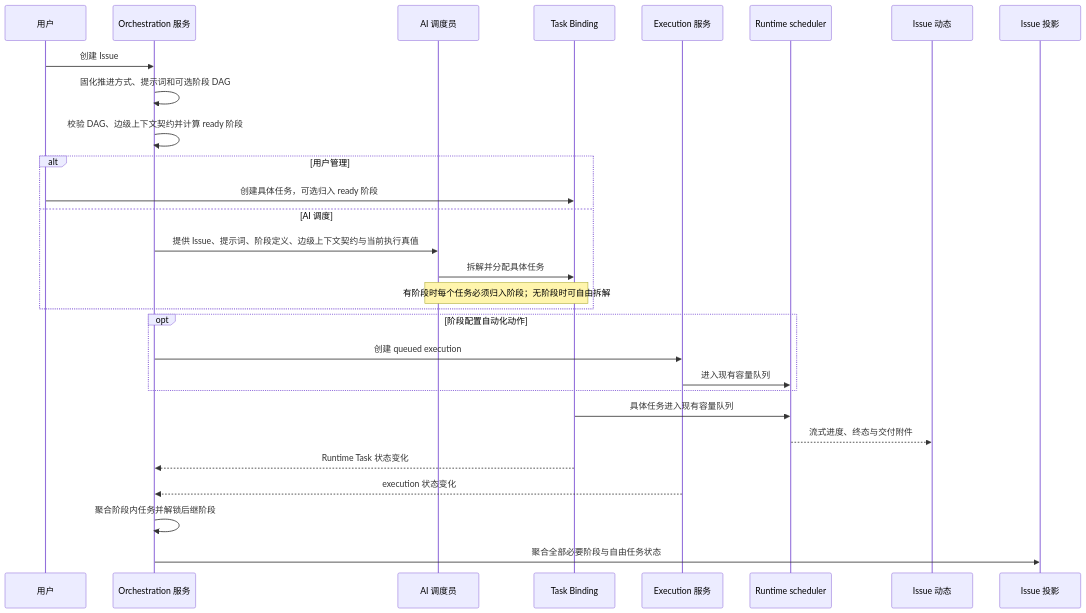
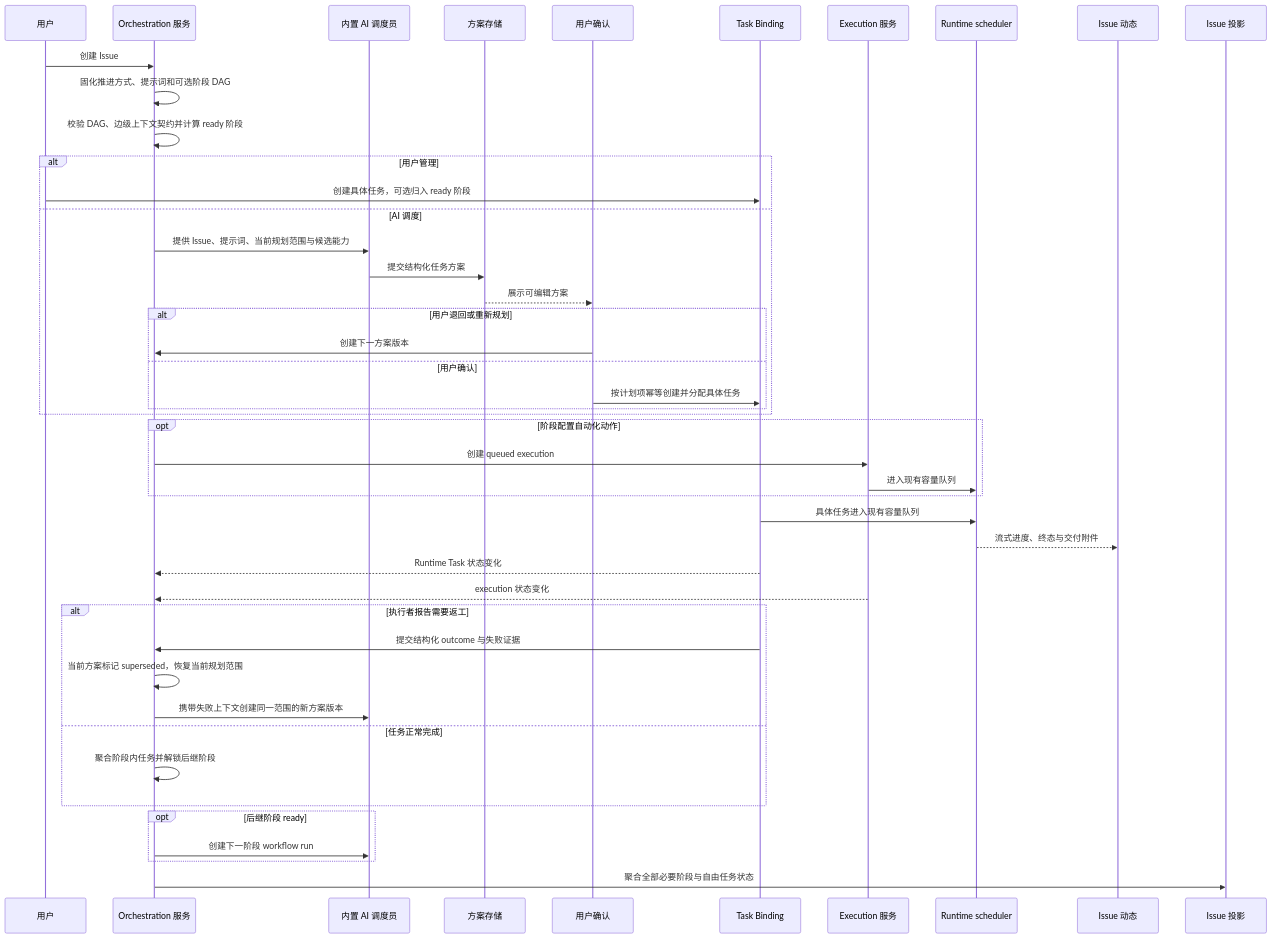
Before and after one commit to wecode-ai/Wegent: the second of 2 diagrams in docs/zh/architecture/issue-task-workflow.md, drawn with Mermaid. The commit also changed other lines of this file and 26 other files, not shown here.

````diff
--- a/docs/zh/architecture/issue-task-workflow.md
+++ b/docs/zh/architecture/issue-task-workflow.md
@@ -39,32 +52,48 @@
 ```mermaid
 sequenceDiagram
     participant U as 用户
     participant O as Orchestration 服务
-    participant A as AI 调度员
+    participant A as 内置 AI 调度员
+    participant P as 方案存储
+    participant V as 用户确认
     participant B as Task Binding
     participant E as Execution 服务
     participant R as Runtime scheduler
     participant D as Issue 动态
     participant I as Issue 投影
 
     U->>O: 创建 Issue
     O->>O: 固化推进方式、提示词和可选阶段 DAG
     O->>O: 校验 DAG、边级上下文契约并计算 ready 阶段
     alt 用户管理
         U->>B: 创建具体任务，可选归入 ready 阶段
     else AI 调度
-        O->>A: 提供 Issue、提示词、阶段定义、边级上下文契约与当前执行真值
-        A->>B: 拆解并分配具体任务
-        Note over A,B: 有阶段时每个任务必须归入阶段；无阶段时可自由拆解
+        O->>A: 提供 Issue、提示词、当前规划范围与候选能力
+        A->>P: 提交结构化任务方案
+        P-->>V: 展示可编辑方案
+        alt 用户退回或重新规划
+            V->>O: 创建下一方案版本
+        else 用户确认
+            V->>B: 按计划项幂等创建并分配具体任务
+        end
     end
     opt 阶段配置自动化动作
         O->>E: 创建 queued execution
         E->>R: 进入现有容量队列
     end
     B->>R: 具体任务进入现有容量队列
     R-->>D: 流式进度、终态与交付附件
     B-->>O: Runtime Task 状态变化
     E-->>O: execution 状态变化
-    O->>O: 聚合阶段内任务并解锁后继阶段
+    alt 执行者报告需要返工
+        B->>O: 提交结构化 outcome 与失败证据
+        O->>O: 当前方案标记 superseded，恢复当前规划范围
+        O->>A: 携带失败上下文创建同一范围的新方案版本
+    else 任务正常完成
+        O->>O: 聚合阶段内任务并解锁后继阶段
+    end
+    opt 后继阶段 ready
+        O->>A: 创建下一阶段 workflow run
+    end
     O->>I: 聚合全部必要阶段与自由任务状态
 ```
````
